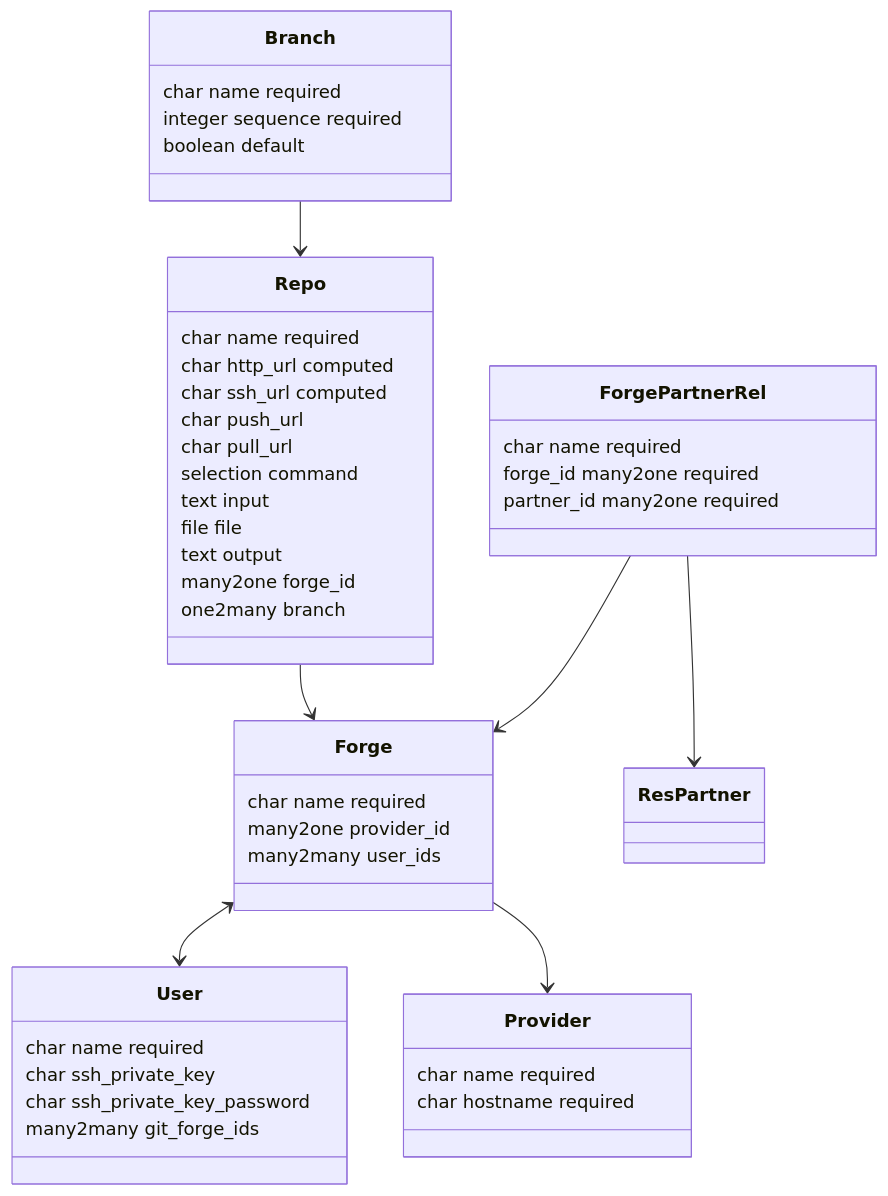
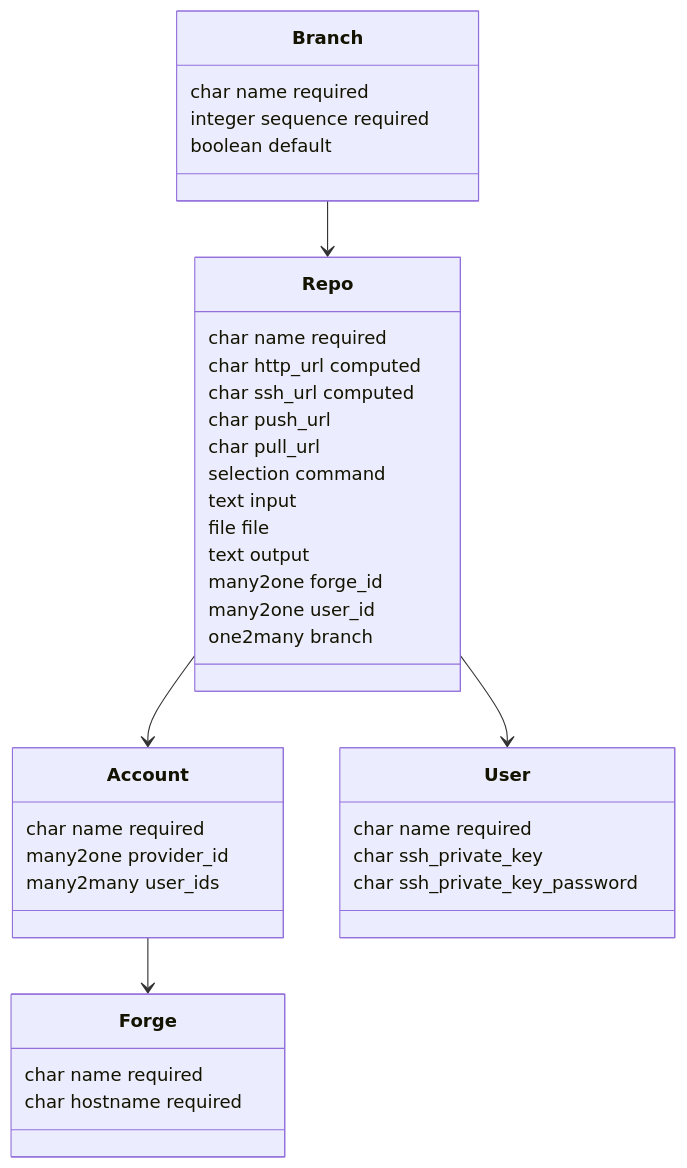
Before and after one commit to Mint-System/Wiki: the diagram in Specification Git Kubernetes.md, drawn with Mermaid. The commit also changed 2 other files, not shown here.

Commit message:
vault backup: 2024-11-21 23:01:13

````diff
--- a/Specification Git Kubernetes.md
+++ b/Specification Git Kubernetes.md
@@ -21,60 +21,48 @@
 ```mermaid
 classDiagram
-    Forge <--> User
-	ForgePartnerRel --> Forge
-	Forge --> Provider
-	ForgePartnerRel --> ResPartner
-	Repo --> Forge
+	Account --> Forge
+	Repo --> Account
 	Branch --> Repo
+	Repo --> User
 	
     class User {
 		char name required
 		char ssh_private_key
 		char ssh_private_key_password
-
-		many2many git_forge_ids
     }
 
-	class Forge {
+	class Account {
 		char name required
 		
 		many2one provider_id
 		many2many user_ids
 	}
 	
-	class Provider {
+	class Forge {
 		char name required
 		char hostname required
-	}
-
-	class ForgePartnerRel {
-		char name required
-	
-		forge_id many2one required
-		partner_id many2one required
-		
 	}
 
     class Repo{
 		char name required
 		char http_url computed
 		char ssh_url computed
 		char push_url
 		char pull_url
 		
 		selection command
 		text input
 		file file
 		text output
 		
 		many2one forge_id
-
+		many2one user_id
 		one2many branch
     }
 
     class Branch{
 		char name required
 		integer sequence required
 		boolean default
     }
 ```
````
